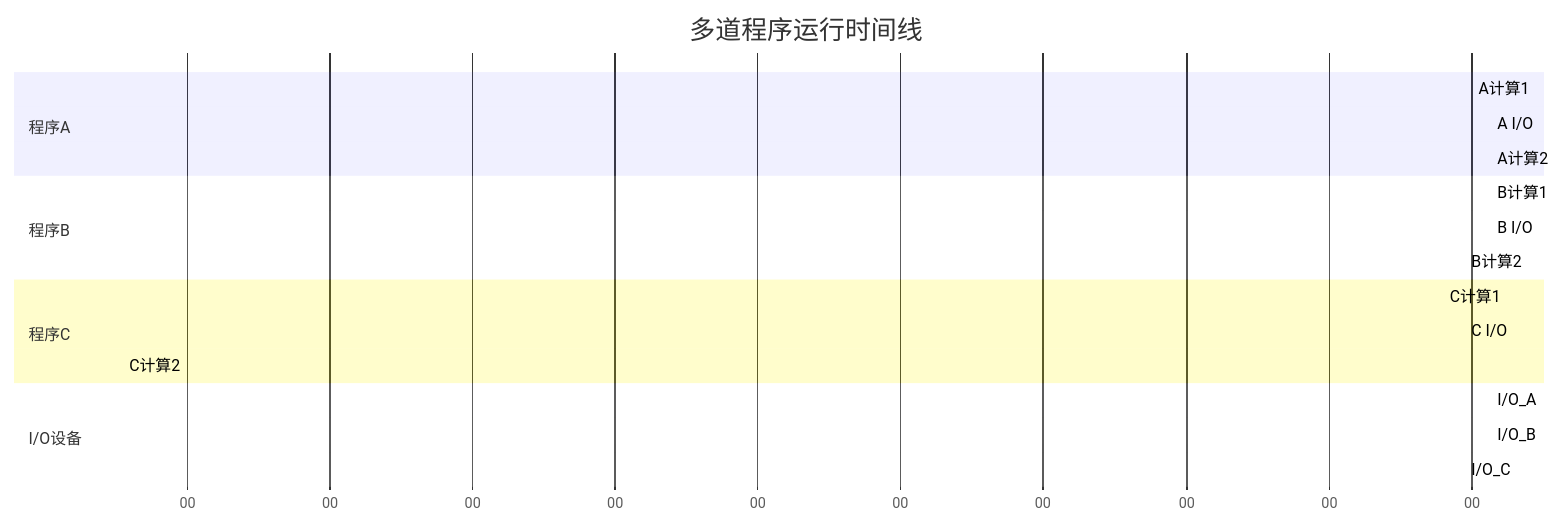
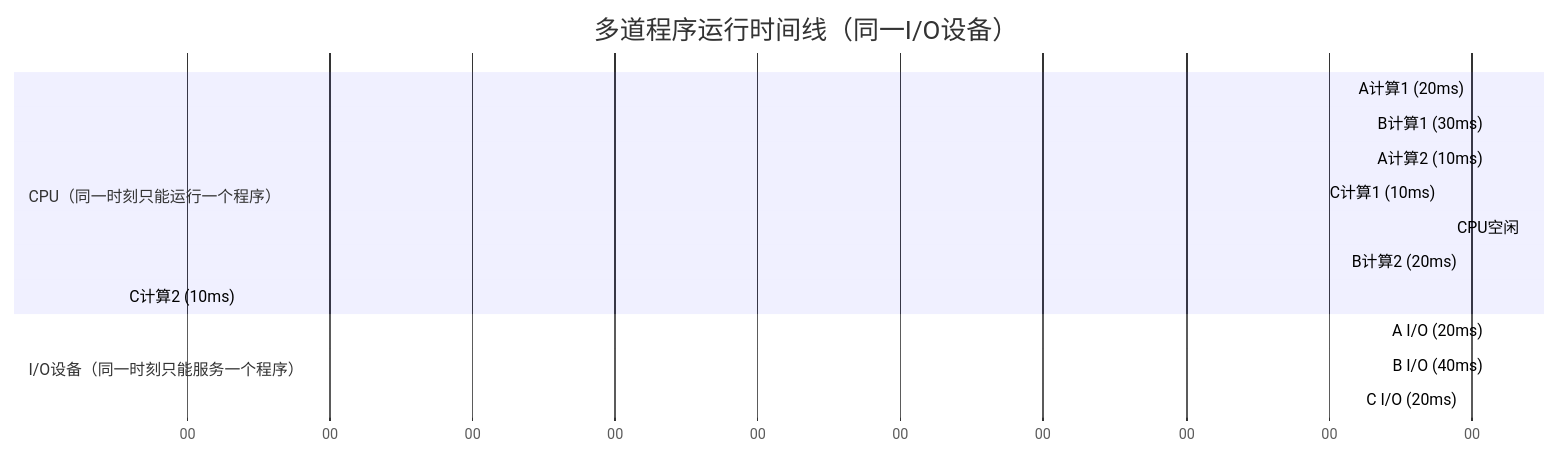
The first of 4 diagrams in MyVault/期末/操作系统期末.md (lfm147258369/blog), drawn with Mermaid before and after one commit.

Commit message:
作业1 mermaid图重构: CPU/I/O双资源视图,更清晰展示并行与串行

````diff
--- a/MyVault/期末/操作系统期末.md
+++ b/MyVault/期末/操作系统期末.md
@@ -25,26 +25,20 @@
 ```mermaid
 gantt
-    title 多道程序运行时间线
+    title 多道程序运行时间线（同一I/O设备）
     dateFormat  ss
     axisFormat %S
 
-    section 程序A
-    A计算1    : 0, 20ms
-    A I/O     : 20, 20ms
-    A计算2    : 50, 10ms
+    section CPU（同一时刻只能运行一个程序）
+    A计算1 (20ms)     : 0, 20ms
+    B计算1 (30ms)     : 20, 30ms
+    A计算2 (10ms)     : 50, 10ms
+    C计算1 (10ms)     : 60, 10ms
+    CPU空闲           : 70, 20ms
+    B计算2 (20ms)     : 90, 20ms
+    C计算2 (10ms)     : 110, 10ms
 
-    section 程序B
-    B计算1    : 20, 30ms
-    B I/O     : 50, 40ms
-    B计算2    : 90, 20ms
-
-    section 程序C
-    C计算1    : 60, 10ms
-    C I/O     : 90, 20ms
-    C计算2    : 110, 10ms
-
-    section I/O设备
-    I/O_A     : 20, 20ms
-    I/O_B     : 50, 40ms
-    I/O_C     : 90, 20ms
+    section I/O设备（同一时刻只能服务一个程序）
+    A I/O (20ms)      : 20, 20ms
+    B I/O (40ms)      : 50, 40ms
+    C I/O (20ms)      : 90, 20ms
 ```
````
